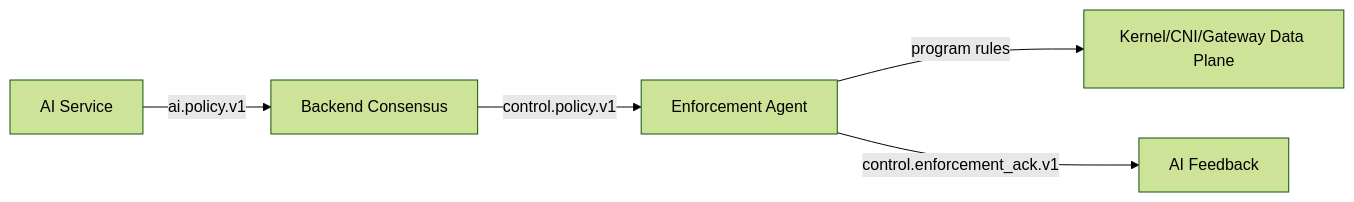
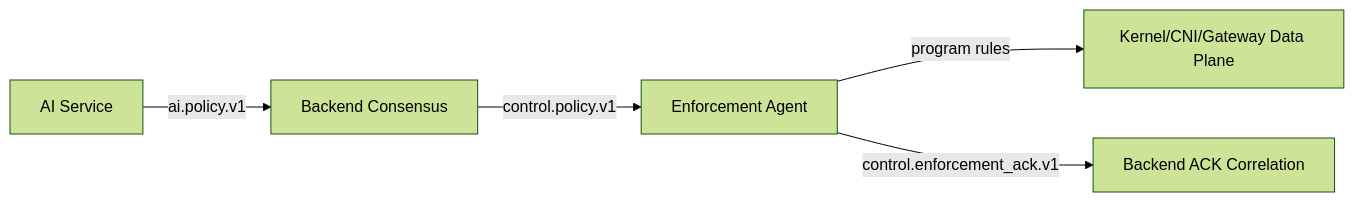
Before and after one commit to EveShark/CyberMesh: diagram 11 of 15 in docs/design/DATA_FLOW.md, drawn with Mermaid (forest theme). The commit also changed other lines of this file and 13 other files, not shown here.

Commit message:
Update architecture and design documentation

````diff
--- a/docs/design/DATA_FLOW.md
+++ b/docs/design/DATA_FLOW.md
@@ -353,7 +389,7 @@
 ```mermaid
 flowchart LR
     AI[AI Service] -->|ai.policy.v1| BE[Backend Consensus]
     BE -->|control.policy.v1| AG[Enforcement Agent]
     AG -->|program rules| DP[Kernel/CNI/Gateway Data Plane]
-    AG -->|control.enforcement_ack.v1| FB[AI Feedback]
+    AG -->|control.enforcement_ack.v1| FB[Backend ACK Correlation]
 ```
````
